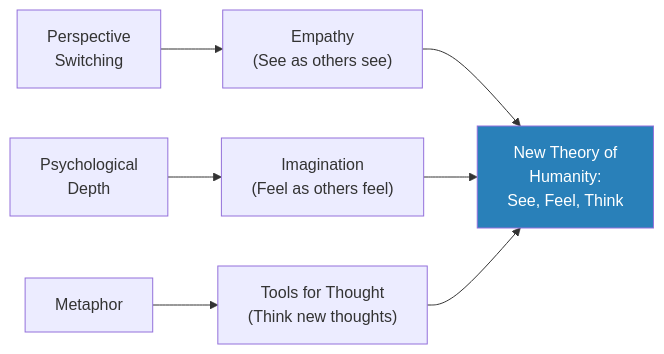
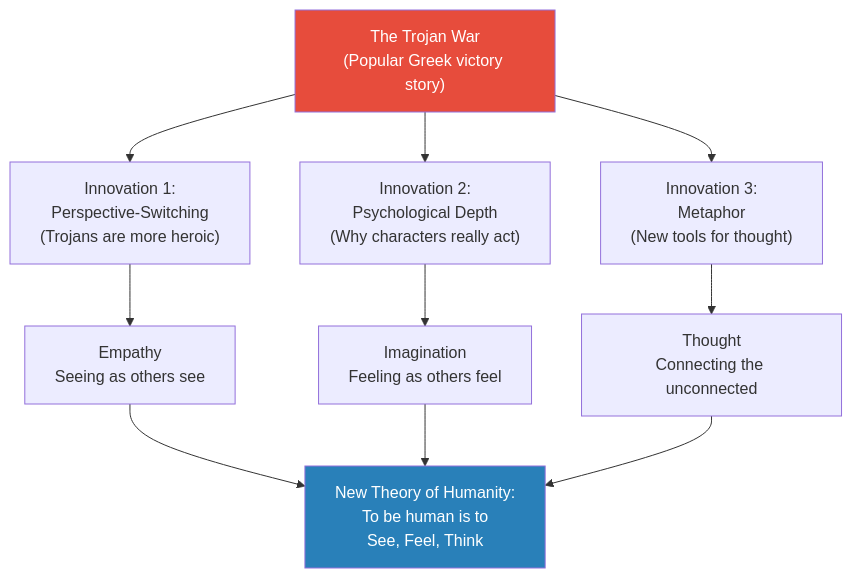
The fifth of 7 diagrams in summaries/Lectures/Civilization/07 - Homer's Iliad and the Birth of Greek Civilization.md (alius33/reader), drawn with Mermaid before and after one commit. The commit also changed other lines of this file and 26 other files, not shown here.

````diff
--- a/summaries/Lectures/Civilization/07 - Homer's Iliad and the Birth of Greek Civilization.md
+++ b/summaries/Lectures/Civilization/07 - Homer's Iliad and the Birth of Greek Civilization.md
@@ -424,10 +264,15 @@
 ```mermaid
-flowchart LR
-    PS["Perspective<br/>Switching"] --> EM["Empathy<br/>(See as others see)"]
-    PD["Psychological<br/>Depth"] --> IM["Imagination<br/>(Feel as others feel)"]
-    MT["Metaphor"] --> TH["Tools for Thought<br/>(Think new thoughts)"]
-    EM --> NT["New Theory of<br/>Humanity:<br/>See, Feel, Think"]
+flowchart TB
+    TW["The Trojan War<br/>(Popular Greek victory story)"]
+    TW --> I1["Innovation 1:<br/>Perspective-Switching<br/>(Trojans are more heroic)"]
+    TW --> I2["Innovation 2:<br/>Psychological Depth<br/>(Why characters really act)"]
+    TW --> I3["Innovation 3:<br/>Metaphor<br/>(New tools for thought)"]
+    I1 --> E["Empathy<br/>Seeing as others see"]
+    I2 --> IM["Imagination<br/>Feeling as others feel"]
+    I3 --> TH["Thought<br/>Connecting the unconnected"]
+    E --> NT["New Theory of Humanity:<br/>To be human is to<br/>See, Feel, Think"]
     IM --> NT
     TH --> NT
     style NT fill:#2980b9,color:#fff
+    style TW fill:#e74c3c,color:#fff
 ```
````
